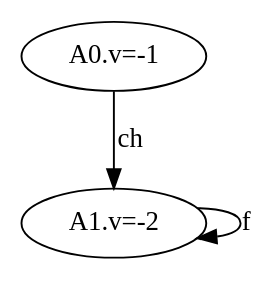
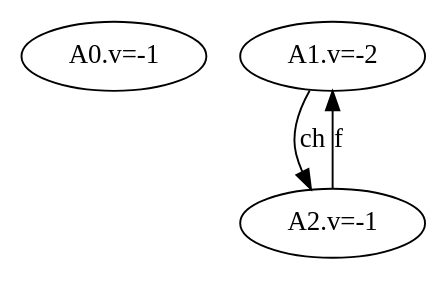
The diagram in heap_graph.dot (AlexFrazao/Advanced-Algorithms), drawn with Graphviz before and after one commit. The commit also changed 3 other files, not shown here.

```diff
--- a/heap_graph.dot
+++ b/heap_graph.dot
@@ -1,6 +1,7 @@
 digraph {
 A0 [label="A0.v=-1"]
 A1 [label="A1.v=-2"]
-A0 -> A1 [label="ch"]
-A1 -> A1 [label="f"]
+A2 [label="A2.v=-1"]
+A1 -> A2 [label="ch"]
+A2 -> A1 [label="f"]
 }
```
